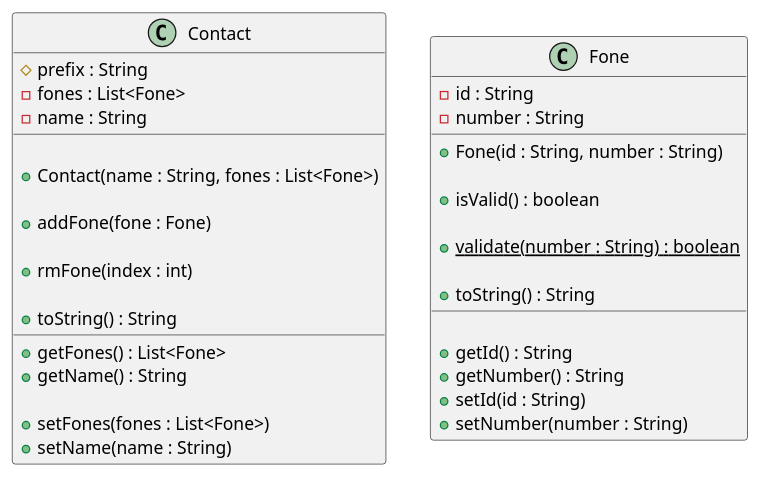
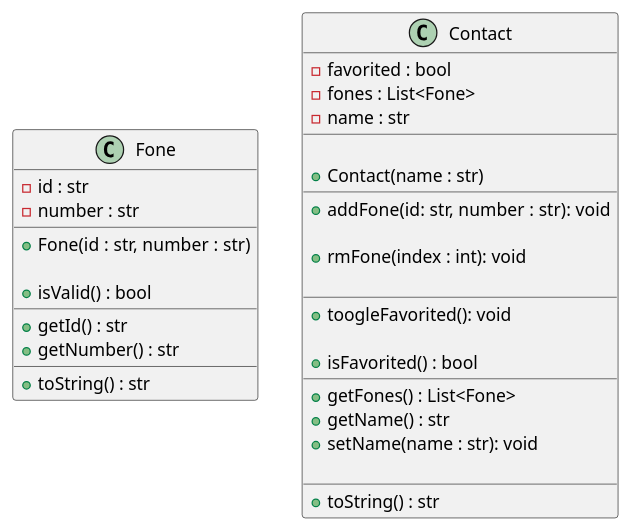
One commit to qxcodepoo/arcade changed the diagram in base/014/.cache/Readme.md. Above: the diagram before and after it, drawn with PlantUML. The commit also changed other lines of this file and 20 other files, not shown here.

````diff
--- a/base/014/.cache/Readme.md
+++ b/base/014/.cache/Readme.md
@@ -47,56 +51,66 @@
 ```plantuml
+
+class Fone {
+  - id : str
+  - number : str
+  __
+  ' inicializa as variaveis
+  + Fone(id : str, number : str)
+  
+  ' verifica se o número é um número de telefone válido
+  ' crie uma str "validos" com todos os caracteres válidos
+  ' para cada caractere c do número:
+  '   se c não estiver em validos:
+  '     retorne false
+  ' retorne true
+  + isValid() : bool
+  __
+  + getId() : str
+  + getNumber() : str
+  __
+  ' Gera uma string para impressão
+  ' ex: oi:1234
+  + toString() : str
+}
+
 class Contact {
-  # prefix : String
+  - favorited : bool
   - fones : List<Fone>
-  - name : String
+  - name : str
   __
   
-  ' crie um ArrayList para o ATRIBUTO fones
-  ' se a variável fones não for null, adicione todos os fones usando o método addFone
-  + Contact(name : String, fones : List<Fone>)
+  ' inicialize o fone com o nome, favorited como false e a lista de fones vazia
+  + Contact(name : str)
+  __
+  ' se fone for válido:
+  '   insira no fim da lista de fones
+  ' se não:
+  '   informe o erro
+  + addFone(id: str, number : str): void
   
-  ' se fone for válido, insira no atributo fones
-  ' se não, informe o erro
-  + addFone(fone : Fone)
+  ' se o índice existir:
+  '   remove o fone pelo indice
+  + rmFone(index : int): void
   
-  ' se o índice existir no ArrayList, remova o telefone com esse índice
-  + rmFone(index : int)
-  
+  __
+  ' favorita ou desfavorita o contato
+  + toogleFavorited(): void
+
+  ' retorna se o contato está favoritado
+  + isFavorited() : bool
+  __
+  + getFones() : List<Fone>
+  + getName() : str
+  + setName(name : str): void
+
+  __
   ' use um contador para mostrar o índice do telefone
   ' use o toString do fone para adicioná-lo à saída
+  ' se o contato estiver favoritado, adicione um @ antes do nome
   ' o resultado dever ficar assim:
-  ' ex: - david [0:oi:123] [1:tim:9081] [2:claro:5431]
-  + toString() : String
-  __
-  + getFones() : List<Fone>
-  + getName() : String
-  
-  ' limpe a lista de fones
-  ' utilize o addFone para adicionar apenas os fones válidos
-  + setFones(fones : List<Fone>)
-  + setName(name : String)
+  ' ex: - david [oi:123, tim:9081, claro:5431]
+  + toString() : str
 }
 
-class Fone {
-  - id : String
-  - number : String
-  __
-  + Fone(id : String, number : String)
-  
-  ' utiliza o static validate para retornar se essa instancia do fone é valida
-  + isValid() : boolean
-  
-  ' verifica se o número é um número de telefone válido
-  + validate(number : String) : boolean {static}
-  
-  ' o resultado deve ficar assim
-  ' ex: oi:1234
-  + toString() : String
-  __
-  
-  + getId() : String
-  + getNumber() : String
-  + setId(id : String)
-  + setNumber(number : String)
-}
+
 ```
````
